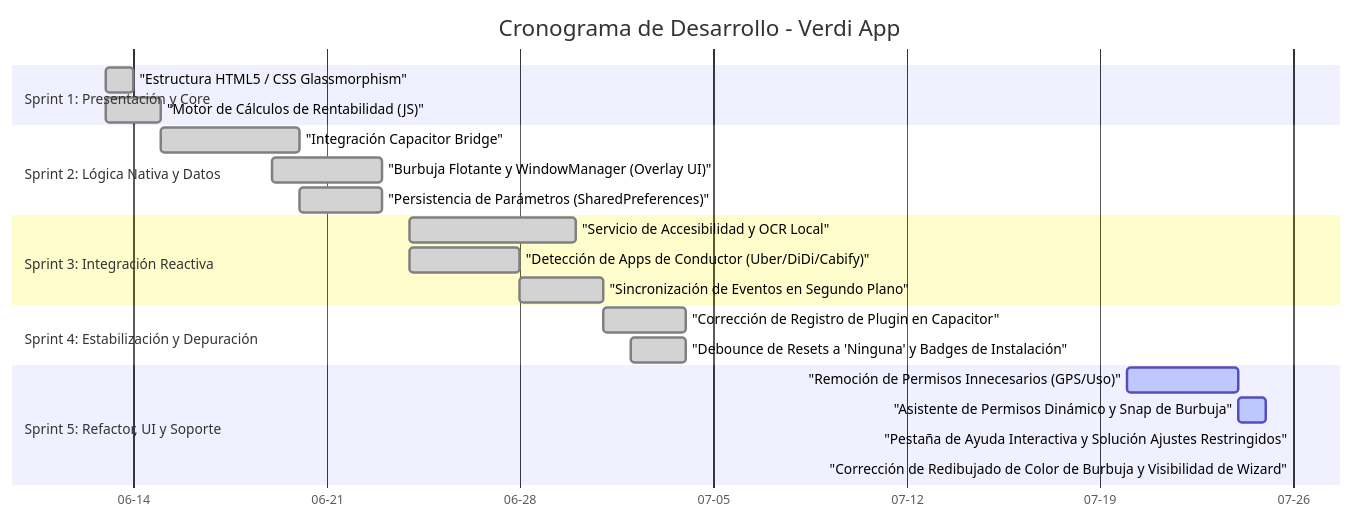
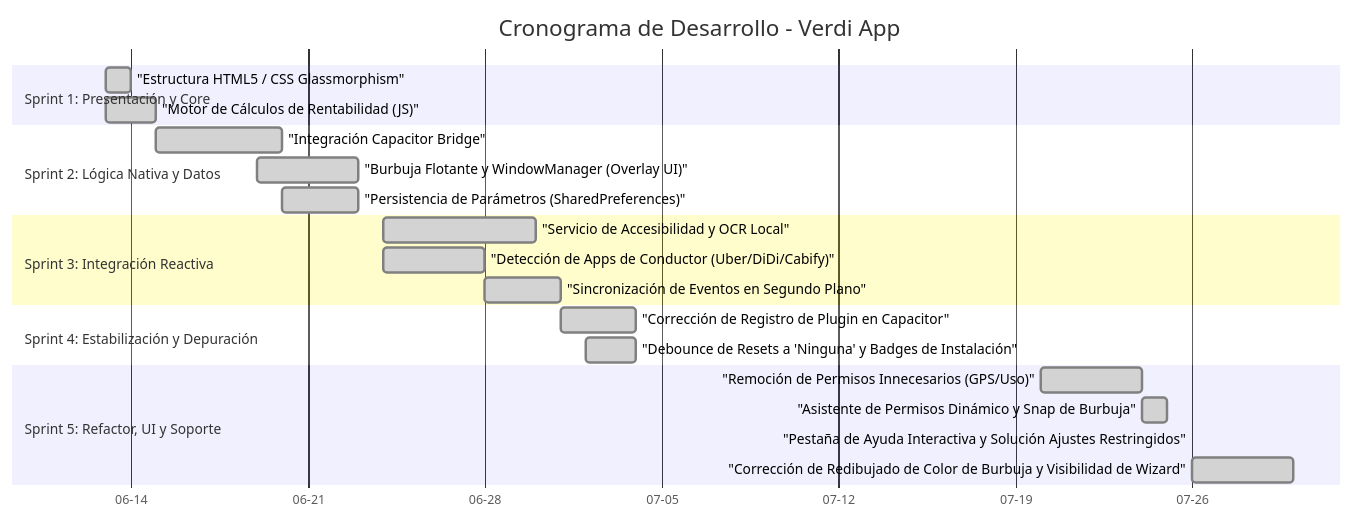
Before and after one commit to JorgeFreire95/Verdi: the diagram in CRONOGRAMA_DESARROLLO.md, drawn with Mermaid. The commit also changed other lines of this file and 2 other files, not shown here.

````diff
--- a/CRONOGRAMA_DESARROLLO.md
+++ b/CRONOGRAMA_DESARROLLO.md
@@ -11,30 +11,30 @@
 ```mermaid
 gantt
     title Cronograma de Desarrollo - Verdi App
     dateFormat  YYYY-MM-DD
     axisFormat  %m-%d
     
     section Sprint 1: Presentación y Core
     "Estructura HTML5 / CSS Glassmorphism" :done, s1a, 2026-06-13, 2026-06-14
     "Motor de Cálculos de Rentabilidad (JS)" :done, s1b, 2026-06-13, 2026-06-15
     
     section Sprint 2: Lógica Nativa y Datos
     "Integración Capacitor Bridge" :done, s2a, 2026-06-15, 2026-06-20
     "Burbuja Flotante y WindowManager (Overlay UI)" :done, s2b, 2026-06-19, 2026-06-23
     "Persistencia de Parámetros (SharedPreferences)" :done, s2c, 2026-06-20, 2026-06-23
     
     section Sprint 3: Integración Reactiva
     "Servicio de Accesibilidad y OCR Local" :done, s3a, 2026-06-24, 2026-06-30
     "Detección de Apps de Conductor (Uber/DiDi/Cabify)" :done, s3b, 2026-06-24, 2026-06-28
     "Sincronización de Eventos en Segundo Plano" :done, s3c, 2026-06-28, 2026-07-01
     
     section Sprint 4: Estabilización y Depuración
     "Corrección de Registro de Plugin en Capacitor" :done, s4a, 2026-07-01, 2026-07-04
     "Debounce de Resets a 'Ninguna' y Badges de Instalación" :done, s4b, 2026-07-02, 2026-07-04
     
     section Sprint 5: Refactor, UI y Soporte
-    "Remoción de Permisos Innecesarios (GPS/Uso)" :active, s5a, 2026-07-20, 2026-07-24
-    "Asistente de Permisos Dinámico y Snap de Burbuja" :active, s5b, 2026-07-24, 2026-07-25
-    "Pestaña de Ayuda Interactiva y Solución Ajustes Restringidos" :active, s5c, 2026-07-26, 2026-07-26
-    "Corrección de Redibujado de Color de Burbuja y Visibilidad de Wizard" :active, s5d, 2026-07-26, 2026-07-26
+    "Remoción de Permisos Innecesarios (GPS/Uso)" :done, s5a, 2026-07-20, 2026-07-24
+    "Asistente de Permisos Dinámico y Snap de Burbuja" :done, s5b, 2026-07-24, 2026-07-25
+    "Pestaña de Ayuda Interactiva y Solución Ajustes Restringidos" :done, s5c, 2026-07-26, 2026-07-26
+    "Corrección de Redibujado de Color de Burbuja y Visibilidad de Wizard" :done, s5d, 2026-07-26, 2026-07-30
 ```
````
